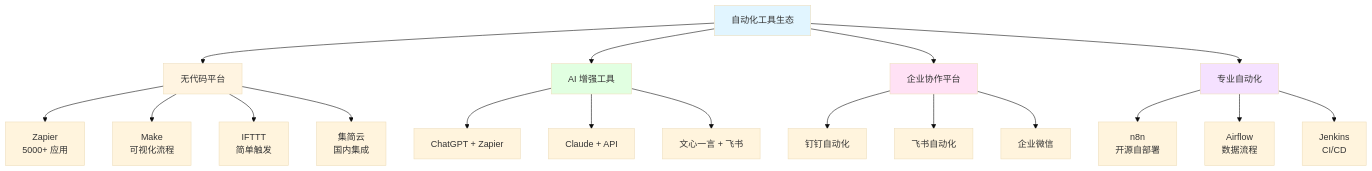
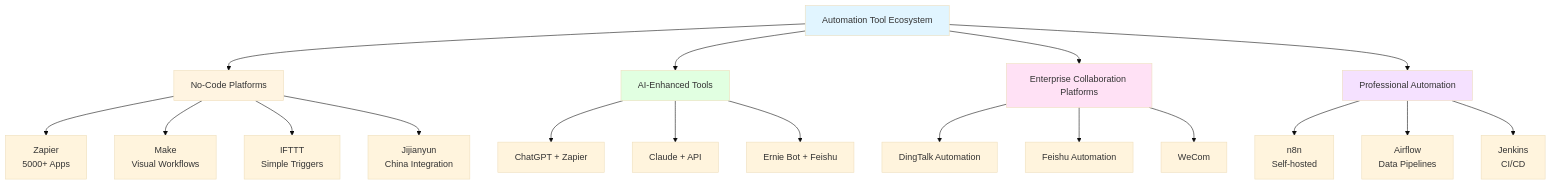
Before and after one commit to tianhongTina/ai-literacy-bootcamp: the first of 2 diagrams in docs/lessons/lesson-5.md, drawn with Mermaid (base theme). The commit also changed other lines of this file and 18 other files, not shown here.

````diff
--- a/docs/lessons/lesson-5.md
+++ b/docs/lessons/lesson-5.md
@@ -53,30 +53,30 @@
 ```mermaid
 graph TB
-    A[自动化工具生态] --> B[无代码平台]
-    A --> C[AI 增强工具]
-    A --> D[企业协作平台]
-    A --> E[专业自动化]
+    A[Automation Tool Ecosystem] --> B[No-Code Platforms]
+    A --> C[AI-Enhanced Tools]
+    A --> D[Enterprise Collaboration Platforms]
+    A --> E[Professional Automation]
     
-    B --> B1[Zapier<br/>5000+ 应用]
-    B --> B2[Make<br/>可视化流程]
-    B --> B3[IFTTT<br/>简单触发]
-    B --> B4[集简云<br/>国内集成]
+    B --> B1[Zapier<br/>5000+ Apps]
+    B --> B2[Make<br/>Visual Workflows]
+    B --> B3[IFTTT<br/>Simple Triggers]
+    B --> B4[Jijianyun<br/>China Integration]
     
     C --> C1[ChatGPT + Zapier]
     C --> C2[Claude + API]
-    C --> C3[文心一言 + 飞书]
+    C --> C3[Ernie Bot + Feishu]
     
-    D --> D1[钉钉自动化]
-    D --> D2[飞书自动化]
-    D --> D3[企业微信]
+    D --> D1[DingTalk Automation]
+    D --> D2[Feishu Automation]
+    D --> D3[WeCom]
     
-    E --> E1[n8n<br/>开源自部署]
-    E --> E2[Airflow<br/>数据流程]
+    E --> E1[n8n<br/>Self-hosted]
+    E --> E2[Airflow<br/>Data Pipelines]
     E --> E3[Jenkins<br/>CI/CD]
     
     style A fill:#e1f5ff
     style B fill:#fff4e1
     style C fill:#e1ffe1
     style D fill:#ffe1f5
     style E fill:#f5e1ff
 ```
````
